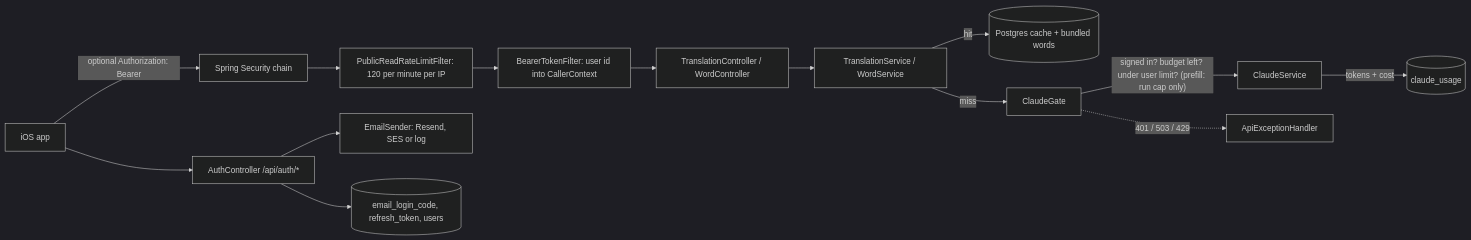
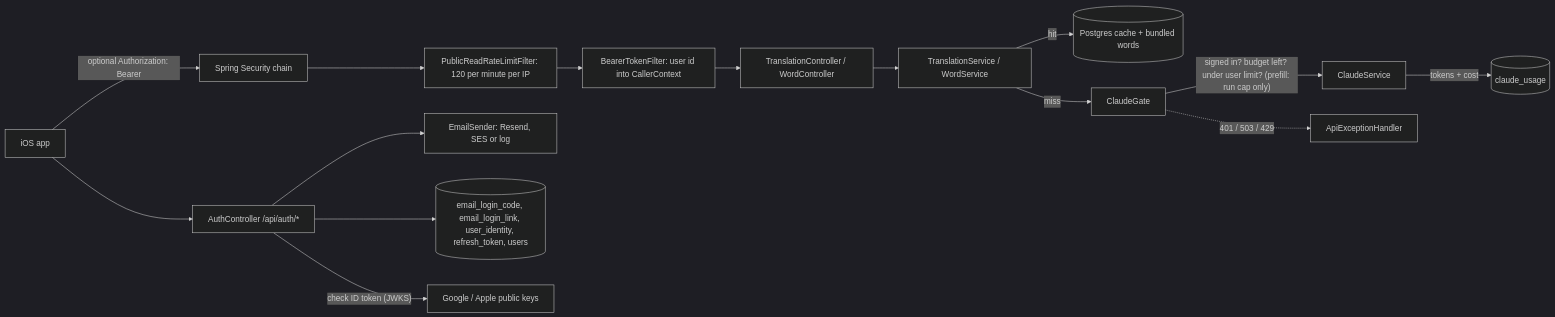
Before and after one commit to tranphuocloc070699/saynata: the first of 5 diagrams in backlog/docs/features/doc-17 - Accounts-and-limits.md, drawn with Mermaid (dark theme). The commit also changed other lines of this file and 45 other files, not shown here.

First line of the commit message:
TASK-92: sign in with Google, Apple and an emailed link

````diff
--- a/backlog/docs/features/doc-17 - Accounts-and-limits.md
+++ b/backlog/docs/features/doc-17 - Accounts-and-limits.md
@@ -32,16 +33,17 @@
 ```mermaid
 flowchart LR
     APP[iOS app] -->|"optional Authorization: Bearer"| SEC[Spring Security chain]
     SEC --> RL[PublicReadRateLimitFilter: 120 per minute per IP]
     RL --> BF[BearerTokenFilter: user id into CallerContext]
     BF --> TC[TranslationController / WordController]
     TC --> SVC[TranslationService / WordService]
     SVC -->|hit| CACHE[(Postgres cache + bundled words)]
     SVC -->|miss| GATE[ClaudeGate]
     GATE -->|"signed in? budget left? under user limit? (prefill: run cap only)"| CL[ClaudeService]
     CL -->|"tokens + cost"| USE[(claude_usage)]
     GATE -.->|"401 / 503 / 429"| ERR[ApiExceptionHandler]
     APP --> AUTH[AuthController /api/auth/*]
     AUTH --> ES[EmailSender: Resend, SES or log]
-    AUTH --> DB[(email_login_code, refresh_token, users)]
+    AUTH --> DB[(email_login_code, email_login_link, user_identity, refresh_token, users)]
+    AUTH -->|"check ID token (JWKS)"| PROV[Google / Apple public keys]
 ```
````
